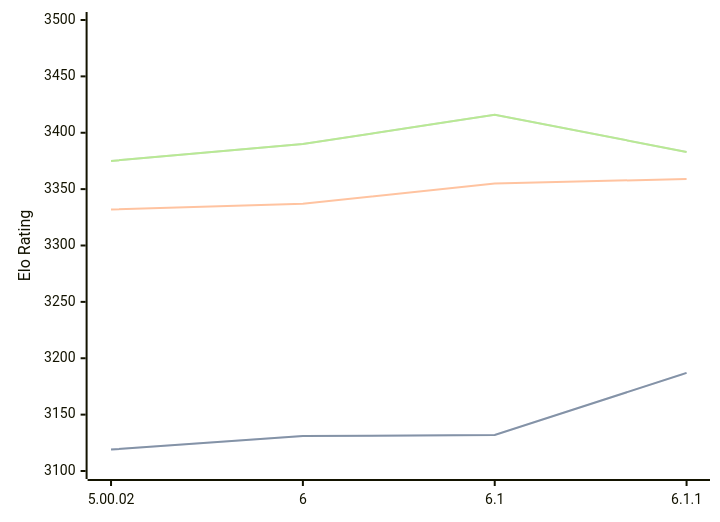
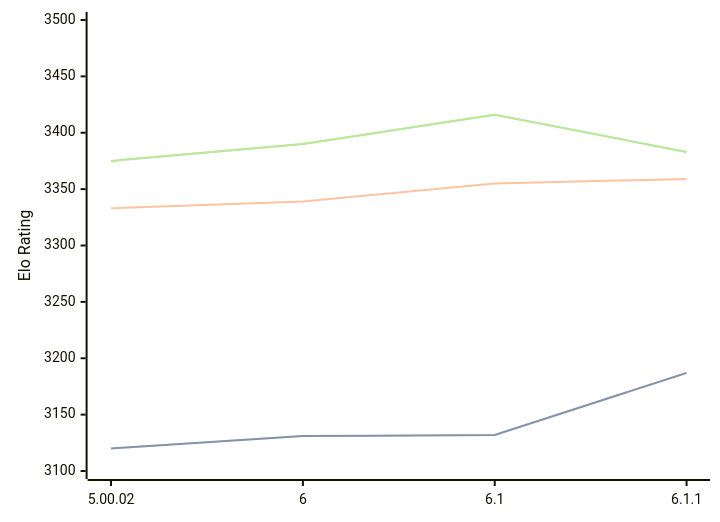
One commit to computer-chess-index/cci changed the third of 3 diagrams in engines/Zangdar.md. Above: the diagram before and after it, drawn with Mermaid. The commit also changed other lines of this file, not shown here.

````diff
--- a/engines/Zangdar.md
+++ b/engines/Zangdar.md
@@ -79,11 +79,11 @@
 ```mermaid
 %%{init: {"theme":"base","themeVariables":{"seriesColors:['#a3a3a3','#222221','#faa371']}}}%%
 xychart-beta
   x-axis ["5.00.02", "6", "6.1", "6.1.1"]
   y-axis "Elo Rating" 3100 --> 3500
-  line "STC (8.0+0.08s)" [3119, 3131, 3132, 3187]
-  line "STC (8.0+0.08s)" [3119, 3131, 3132, 3187]
-  line "LTC (60.0+0.60s)" [3332, 3337, 3355, 3359]
+  line "STC (8.0+0.08s)" [3120, 3131, 3132, 3187]
+  line "STC (8.0+0.08s)" [3120, 3131, 3132, 3187]
+  line "LTC (60.0+0.60s)" [3333, 3339, 3355, 3359]
   line "VLTC (2m24s+1.12s)" [3375, 3390, 3416, 3383]
   line "VLTC (2m24s+1.12s)" [3375, 3390, 3416, 3383]
 ```
````
